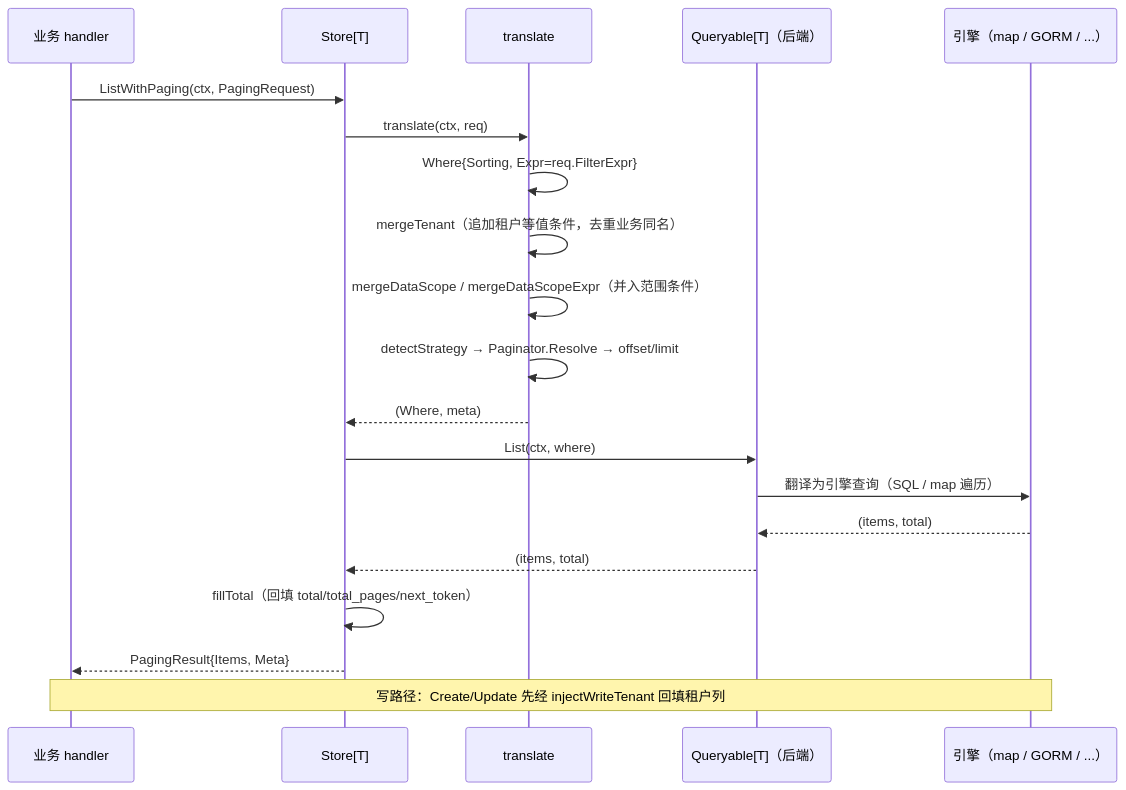
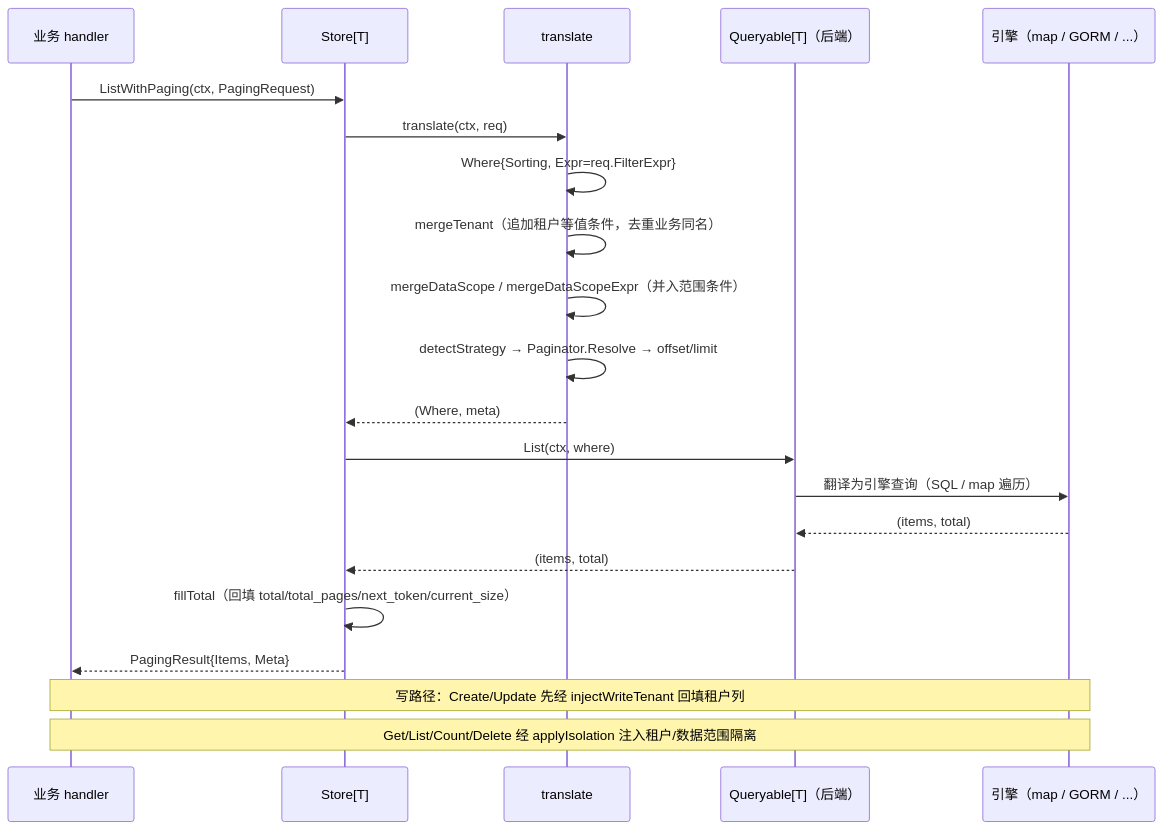
Before and after one commit to kalandramo/bald: the second of 2 diagrams in docs/devel/zh-CN/Bald 存储设计.md, drawn with Mermaid. The commit also changed other lines of this file and 2 other files, not shown here.

First line of the commit message:
fix(store)!: 收敛安全边界 1——Get/List/Count/Delete 自动注入隔离

````diff
--- a/docs/devel/zh-CN/Bald 存储设计.md
+++ b/docs/devel/zh-CN/Bald 存储设计.md
@@ -196,24 +196,25 @@
 ```mermaid
 sequenceDiagram
     participant Biz as 业务 handler
     participant S as Store[T]
     participant T as translate
     participant Q as Queryable[T]（后端）
     participant DB as 引擎（map / GORM / ...）
 
     Biz->>S: ListWithPaging(ctx, PagingRequest)
     S->>T: translate(ctx, req)
     T->>T: Where{Sorting, Expr=req.FilterExpr}
     T->>T: mergeTenant（追加租户等值条件，去重业务同名）
     T->>T: mergeDataScope / mergeDataScopeExpr（并入范围条件）
     T->>T: detectStrategy → Paginator.Resolve → offset/limit
     T-->>S: (Where, meta)
     S->>Q: List(ctx, where)
     Q->>DB: 翻译为引擎查询（SQL / map 遍历）
     DB-->>Q: (items, total)
     Q-->>S: (items, total)
-    S->>S: fillTotal（回填 total/total_pages/next_token）
+    S->>S: fillTotal（回填 total/total_pages/next_token/current_size）
     S-->>Biz: PagingResult{Items, Meta}
 
     Note over Biz,DB: 写路径：Create/Update 先经 injectWriteTenant 回填租户列
+    Note over Biz,DB: Get/List/Count/Delete 经 applyIsolation 注入租户/数据范围隔离
 ```
````
